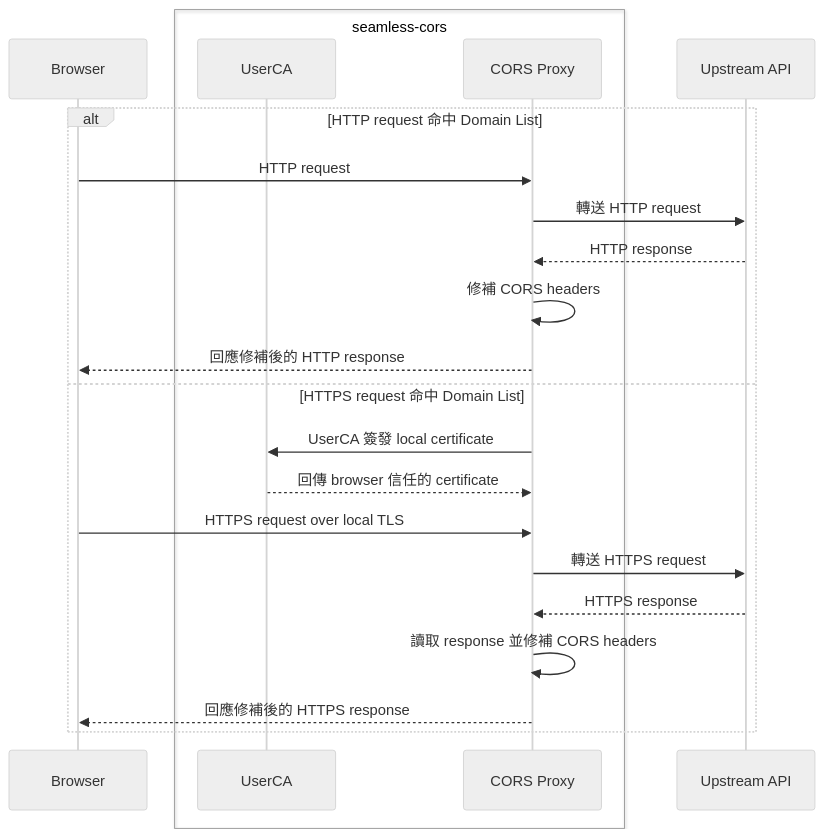
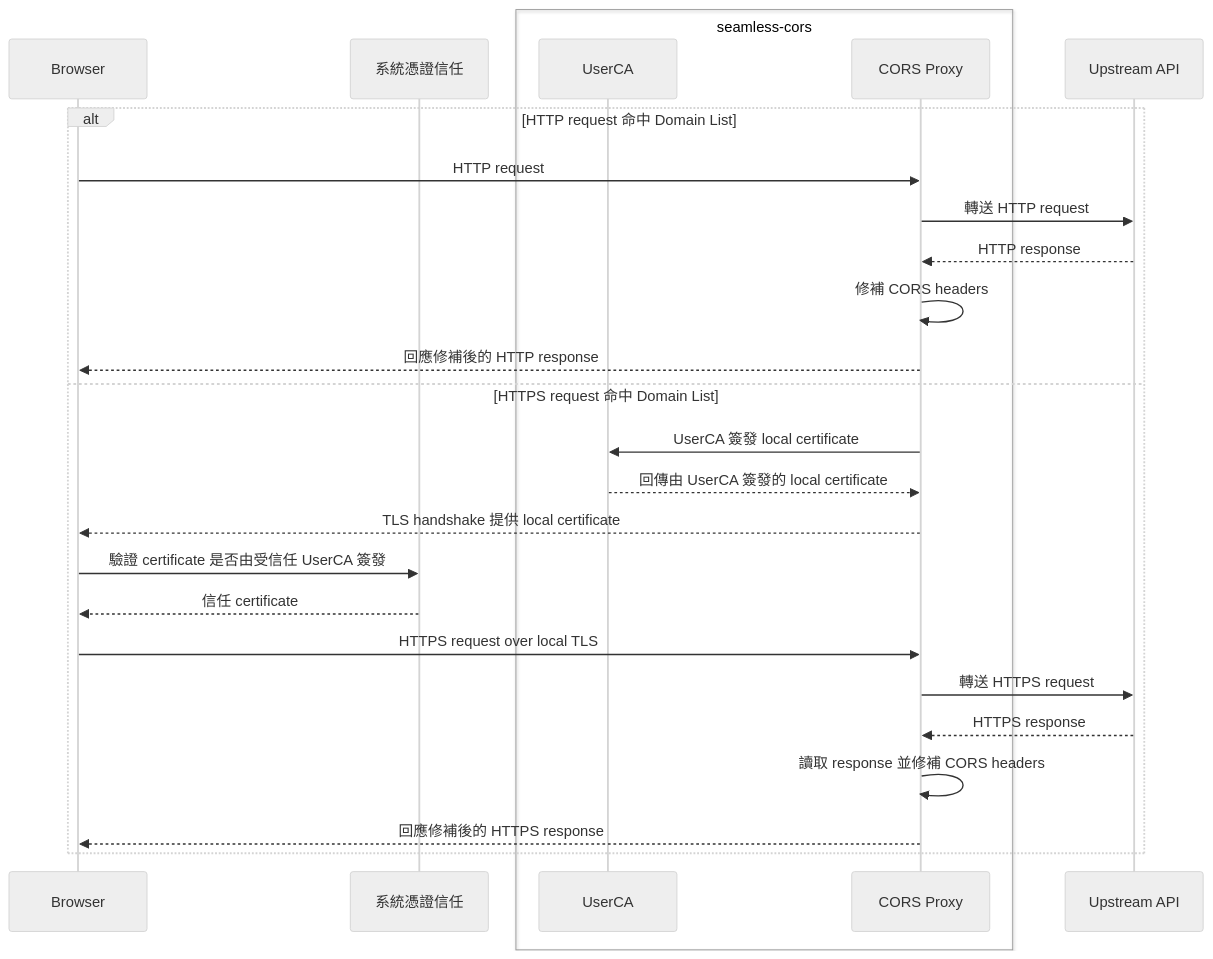
Before and after one commit to QzCurious/seamless-cors: the sixth of 6 diagrams in diagrams/v3.md, drawn with Mermaid (neutral theme). The commit also changed other lines of this file and 15 other files, not shown here.

````diff
--- a/diagrams/v3.md
+++ b/diagrams/v3.md
@@ -94,26 +113,30 @@
 ```mermaid
 sequenceDiagram
   participant Browser
+  participant SystemTrust as 系統憑證信任
   box seamless-cors
     participant UserCA
     participant CorsProxy as CORS Proxy
   end
   participant Upstream as Upstream API
 
   alt HTTP request 命中 Domain List
     Browser->>CorsProxy: HTTP request
     CorsProxy->>Upstream: 轉送 HTTP request
     Upstream-->>CorsProxy: HTTP response
     CorsProxy->>CorsProxy: 修補 CORS headers
     CorsProxy-->>Browser: 回應修補後的 HTTP response
   else HTTPS request 命中 Domain List
     CorsProxy->>UserCA: UserCA 簽發 local certificate
-    UserCA-->>CorsProxy: 回傳 browser 信任的 certificate
+    UserCA-->>CorsProxy: 回傳由 UserCA 簽發的 local certificate
+    CorsProxy-->>Browser: TLS handshake 提供 local certificate
+    Browser->>SystemTrust: 驗證 certificate 是否由受信任 UserCA 簽發
+    SystemTrust-->>Browser: 信任 certificate
 
     Browser->>CorsProxy: HTTPS request over local TLS
     CorsProxy->>Upstream: 轉送 HTTPS request
     Upstream-->>CorsProxy: HTTPS response
     CorsProxy->>CorsProxy: 讀取 response 並修補 CORS headers
     CorsProxy-->>Browser: 回應修補後的 HTTPS response
   end
 ```
````
